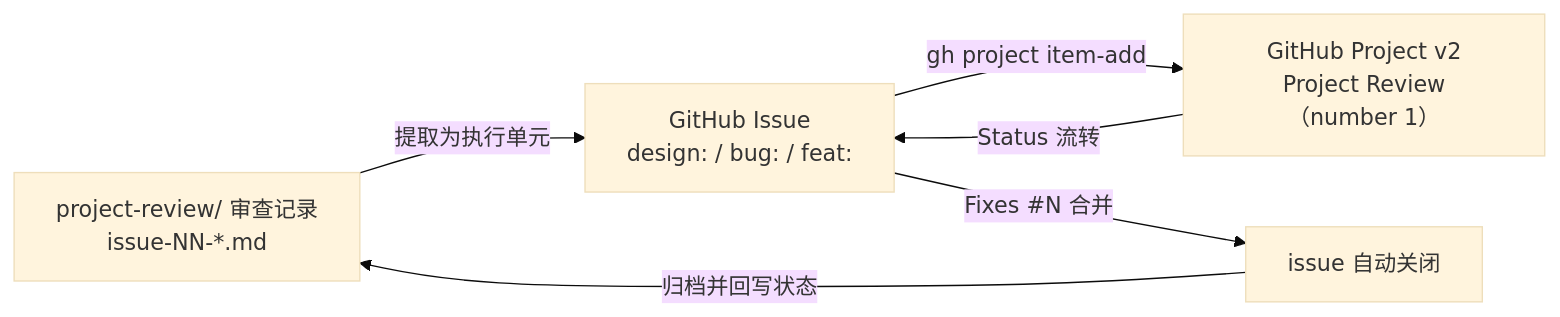
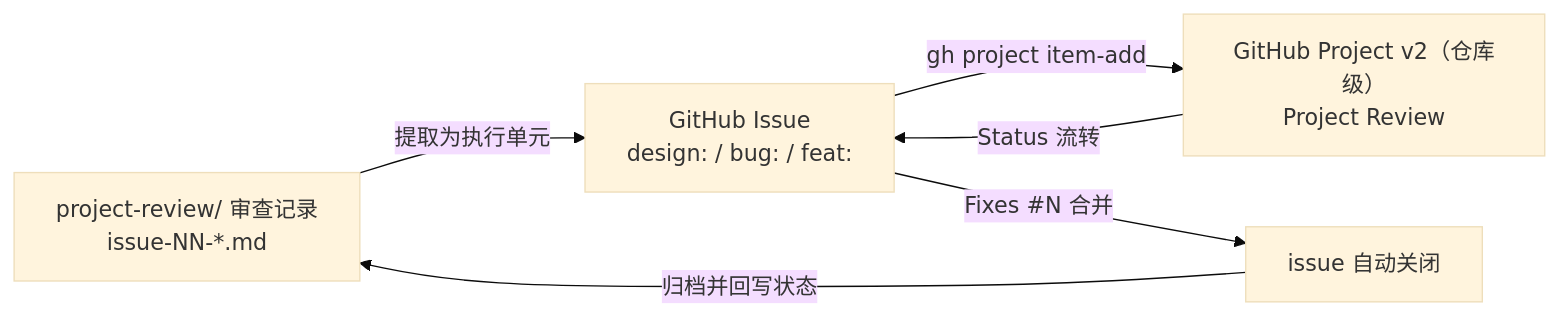
Before and after one commit to 3900563672/hello-k8s-ai: the diagram in docs/agents/PROJECT_REVIEW.md, drawn with Mermaid (base theme). The commit also changed other lines of this file and 4 other files, not shown here.

First line of the commit message:
docs: 将 Project Review 看板迁移至仓库级并更新操作命令

````diff
--- a/docs/agents/PROJECT_REVIEW.md
+++ b/docs/agents/PROJECT_REVIEW.md
@@ -16,8 +16,8 @@
 ```mermaid
 flowchart LR
   PR["project-review/ 审查记录<br/>issue-NN-*.md"] -->|"提取为执行单元"| ISSUE["GitHub Issue<br/>design: / bug: / feat:"]
-  ISSUE -->|"gh project item-add"| BOARD["GitHub Project v2<br/>Project Review（number 1）"]
+  ISSUE -->|"gh project item-add"| BOARD["GitHub Project v2（仓库级）<br/>Project Review"]
   BOARD -->|"Status 流转"| ISSUE
   ISSUE -->|"Fixes #N 合并"| CLOSED["issue 自动关闭"]
   CLOSED -->|"归档并回写状态"| PR
 ```
````
